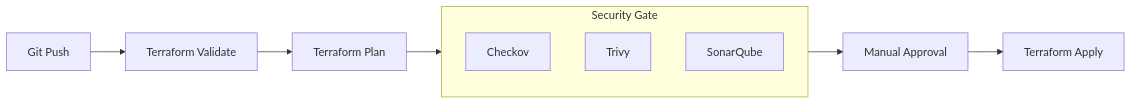
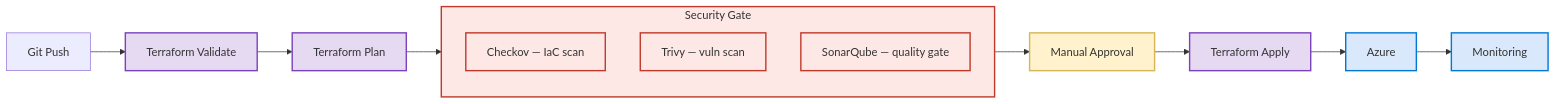
Before and after one commit to aniket-devop/aniket-devop: the sixth of 6 diagrams in README.md, drawn with Mermaid. The commit also changed other lines of this file, not shown here.

````diff
--- a/README.md
+++ b/README.md
@@ -141,13 +241,27 @@
 ```mermaid
 flowchart LR
     GIT["Git Push"] --> VAL["Terraform Validate"]
     VAL --> PLAN["Terraform Plan"]
     PLAN --> GATE
+
     subgraph GATE["Security Gate"]
-        CHECKOV["Checkov"]
-        TRIVY["Trivy"]
-        SONAR["SonarQube"]
+        direction TB
+        CHECKOV["Checkov — IaC scan"]
+        TRIVY["Trivy — vuln scan"]
+        SONAR["SonarQube — quality gate"]
     end
+
     GATE --> APPROVE["Manual Approval"]
     APPROVE --> APPLY["Terraform Apply"]
+    APPLY --> AZURE["Azure"]
+    AZURE --> MON["Monitoring"]
+
+    classDef tf fill:#e6d9f2,stroke:#7B42BC,stroke-width:2px
+    classDef gate fill:#fde8e6,stroke:#c0392b,stroke-width:2px
+    classDef approve fill:#fff2cc,stroke:#d6b656,stroke-width:2px
+    classDef azure fill:#dae8fc,stroke:#0078D4,stroke-width:2px
+    class VAL,PLAN,APPLY tf
+    class GATE,CHECKOV,TRIVY,SONAR gate
+    class APPROVE approve
+    class AZURE,MON azure
 ```
````
